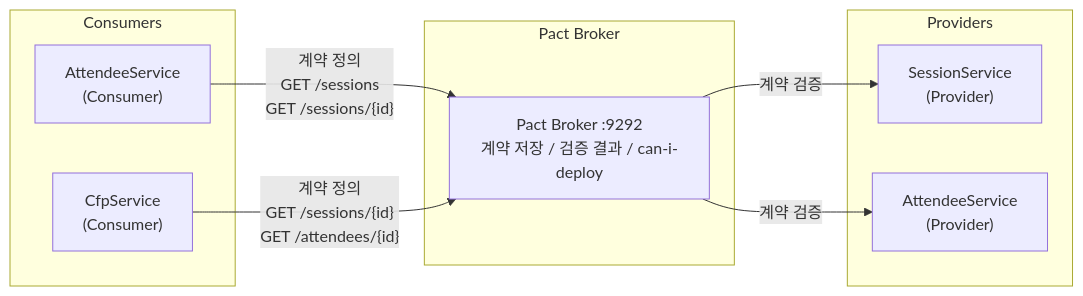
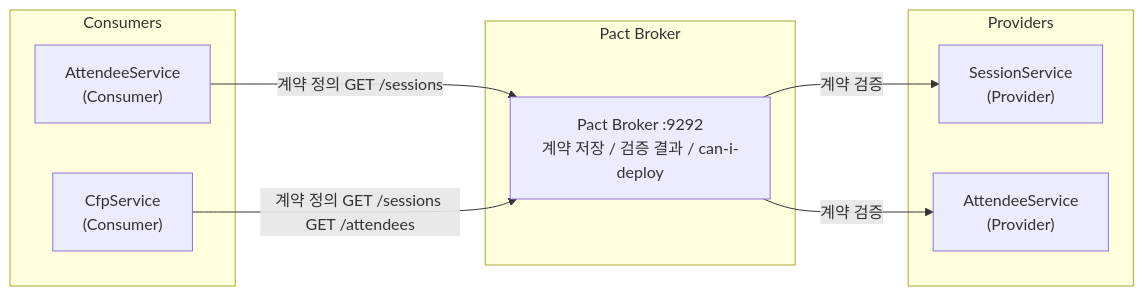
The third of 23 diagrams in docs/ARCHITECTURE.md (janghoesoo1/pact-conference-demo-phase1), drawn with Mermaid before and after one commit. The commit also changed other lines of this file and 6 other files, not shown here.

````diff
--- a/docs/ARCHITECTURE.md
+++ b/docs/ARCHITECTURE.md
@@ -168,22 +159,22 @@
 ```mermaid
 graph LR
     subgraph "Consumers"
-        ATT_C["AttendeeService\n(Consumer)"]
-        CFP_C["CfpService\n(Consumer)"]
+        ATT_C["AttendeeService<br/>(Consumer)"]
+        CFP_C["CfpService<br/>(Consumer)"]
     end
 
     subgraph "Providers"
-        SES_P["SessionService\n(Provider)"]
-        ATT_P["AttendeeService\n(Provider)"]
+        SES_P["SessionService<br/>(Provider)"]
+        ATT_P["AttendeeService<br/>(Provider)"]
     end
 
     subgraph "Pact Broker"
-        PB["Pact Broker :9292\n계약 저장 / 검증 결과 / can-i-deploy"]
+        PB["Pact Broker :9292<br/>계약 저장 / 검증 결과 / can-i-deploy"]
     end
 
-    ATT_C -->|"계약 정의\nGET /sessions\nGET /sessions/{id}"| PB
-    CFP_C -->|"계약 정의\nGET /sessions/{id}\nGET /attendees/{id}"| PB
+    ATT_C -->|"계약 정의 GET /sessions"| PB
+    CFP_C -->|"계약 정의 GET /sessions GET /attendees"| PB
 
     PB -->|"계약 검증"| SES_P
     PB -->|"계약 검증"| ATT_P
 ```
````
